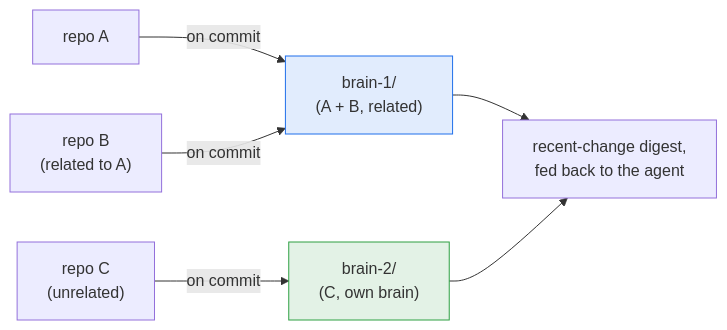
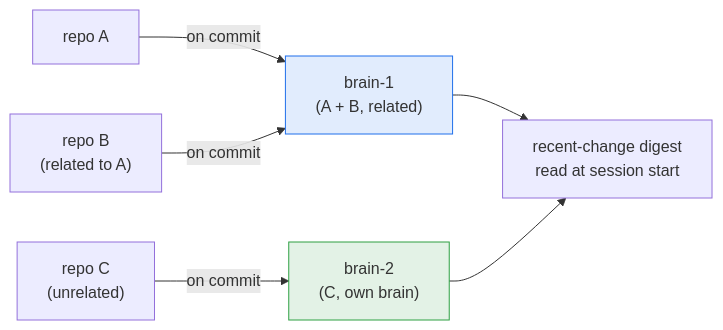
The first of 2 diagrams in README.md (exponen-agi/harness-brain), drawn with Mermaid before and after one commit. The commit also changed other lines of this file, not shown here.

````diff
--- a/README.md
+++ b/README.md
@@ -42,10 +93,10 @@
 ```mermaid
 flowchart LR
-    R1["repo A"] -->|"on commit"| B1["brain-1/<br/>(A + B, related)"]
-    R2["repo B<br/>(related to A)"] -->|"on commit"| B1
-    R3["repo C<br/>(unrelated)"] -->|"on commit"| B2["brain-2/<br/>(C, own brain)"]
-    B1 --> DIGEST["recent-change digest,<br/>fed back to the agent"]
+    RA["repo A"] -->|"on commit"| B1["brain-1<br/>(A + B, related)"]
+    RB["repo B<br/>(related to A)"] -->|"on commit"| B1
+    RC["repo C<br/>(unrelated)"] -->|"on commit"| B2["brain-2<br/>(C, own brain)"]
+    B1 --> DIGEST["recent-change digest<br/>read at session start"]
     B2 --> DIGEST
     style B1 fill:#1f6feb22,stroke:#1f6feb
     style B2 fill:#2ea04322,stroke:#2ea043
 ```
````
